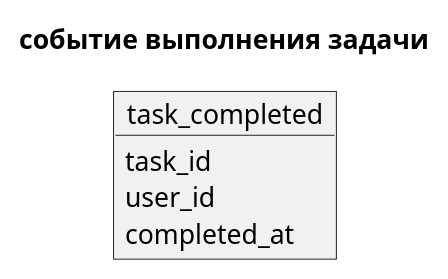
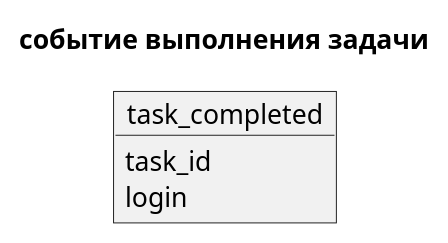
The third of 6 diagrams in docs/events.puml (mhanygin/aTES), drawn with PlantUML before and after one commit. The commit also changed other lines of this file and 16 other files, not shown here.

Commit message:
добавлены диаграммы и события

```diff
--- a/docs/events.puml
+++ b/docs/events.puml
@@ -27,10 +25,9 @@
 @startuml task_completed
 
 title событие выполнения задачи
 object task_completed {
 task_id
-user_id
-completed_at
+login
 }
 
 @enduml
```
